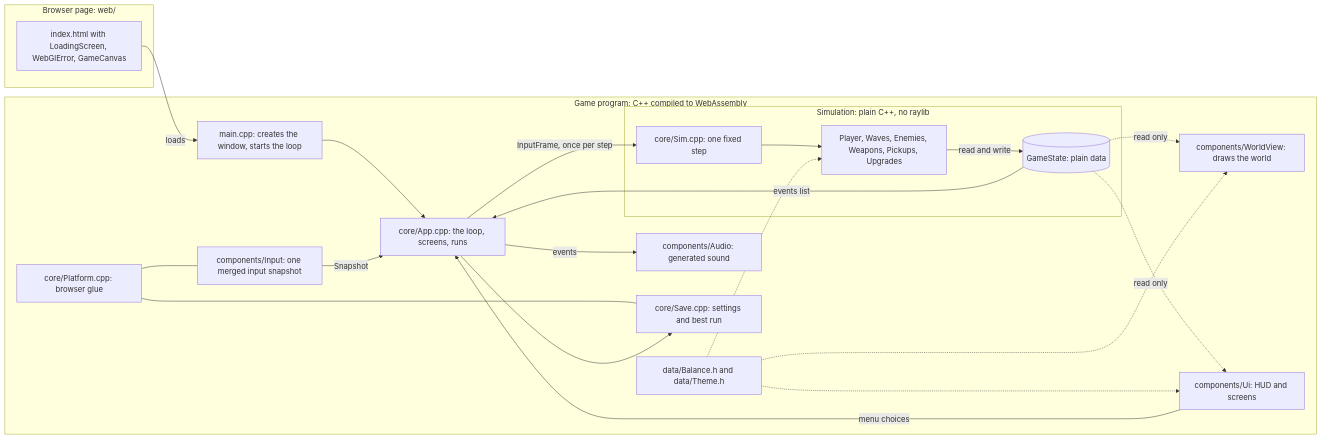
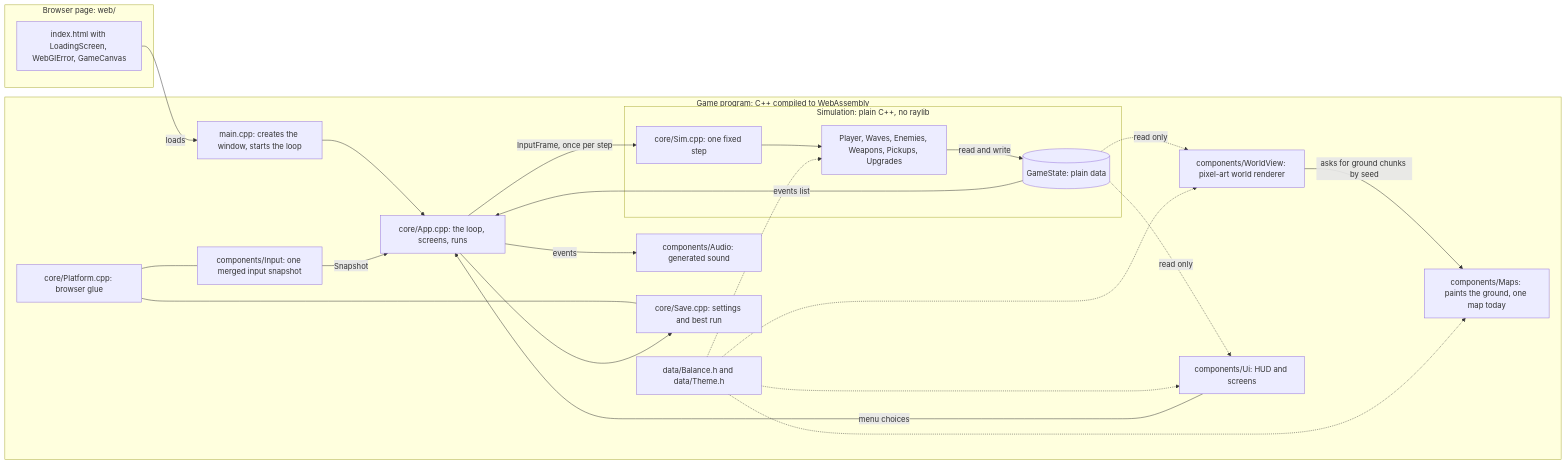
Before and after one commit to ShanPla/Last-Stand: the first of 3 diagrams in docs/ARCHITECTURE.md, drawn with Mermaid. The commit also changed other lines of this file, not shown here.

First line of the commit message:
docs: update architecture guide for the pixel world

````diff
--- a/docs/ARCHITECTURE.md
+++ b/docs/ARCHITECTURE.md
@@ -48,43 +62,46 @@
 ```mermaid
 flowchart LR
     subgraph Page["Browser page: web/"]
         Shell["index.html with LoadingScreen, WebGlError, GameCanvas"]
     end
 
     subgraph Program["Game program: C++ compiled to WebAssembly"]
         Main["main.cpp: creates the window, starts the loop"]
         App["core/App.cpp: the loop, screens, runs"]
         Platform["core/Platform.cpp: browser glue"]
         Input["components/Input: one merged input snapshot"]
 
         subgraph Sim["Simulation: plain C++, no raylib"]
             Step["core/Sim.cpp: one fixed step"]
             Modules["Player, Waves, Enemies, Weapons, Pickups, Upgrades"]
             State[("GameState: plain data")]
         end
 
-        WorldView["components/WorldView: draws the world"]
+        WorldView["components/WorldView: pixel-art world renderer"]
+        Maps["components/Maps: paints the ground, one map today"]
         Ui["components/Ui: HUD and screens"]
         Audio["components/Audio: generated sound"]
         Save["core/Save.cpp: settings and best run"]
         Data["data/Balance.h and data/Theme.h"]
     end
 
     Shell -->|"loads"| Main
     Main --> App
     Input -->|"Snapshot"| App
     Platform --- Input
     Platform --- Save
     App -->|"InputFrame, once per step"| Step
     Step --> Modules
     Modules -->|"read and write"| State
     State -.->|"read only"| WorldView
+    WorldView -->|"asks for ground chunks by seed"| Maps
     State -.->|"read only"| Ui
     Ui -->|"menu choices"| App
     State -->|"events list"| App
     App -->|"events"| Audio
     App --> Save
     Data -.-> Modules
     Data -.-> WorldView
+    Data -.-> Maps
     Data -.-> Ui
 ```
````
